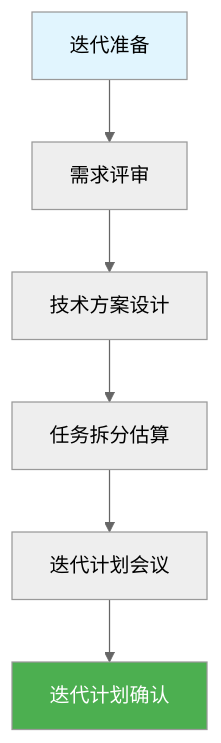
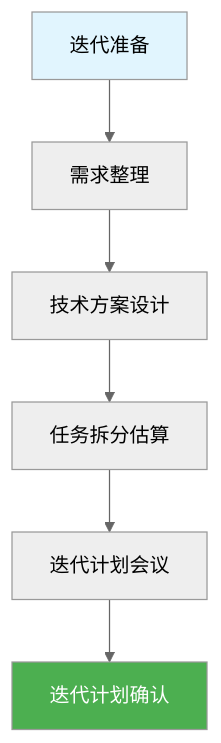
Before and after one commit to zhangjian24/llm: the first of 4 diagrams in edu-ai-platform/docs/迭代SOP/04_迭代流程/01_迭代准备.md, drawn with Mermaid (neutral theme). The commit also changed other lines of this file and 17 other files, not shown here.

````diff
--- a/edu-ai-platform/docs/迭代SOP/04_迭代流程/01_迭代准备.md
+++ b/edu-ai-platform/docs/迭代SOP/04_迭代流程/01_迭代准备.md
@@ -7,11 +9,11 @@
 ```mermaid
 flowchart TD
-    A[迭代准备] --> B[需求评审]
+    A[迭代准备] --> B[需求整理]
     B --> C[技术方案设计]
     C --> D[任务拆分估算]
     D --> E[迭代计划会议]
     E --> F[迭代计划确认]
     
     style A fill:#e1f5fe
     style F fill:#4caf50,color:#fff
 ```
````
